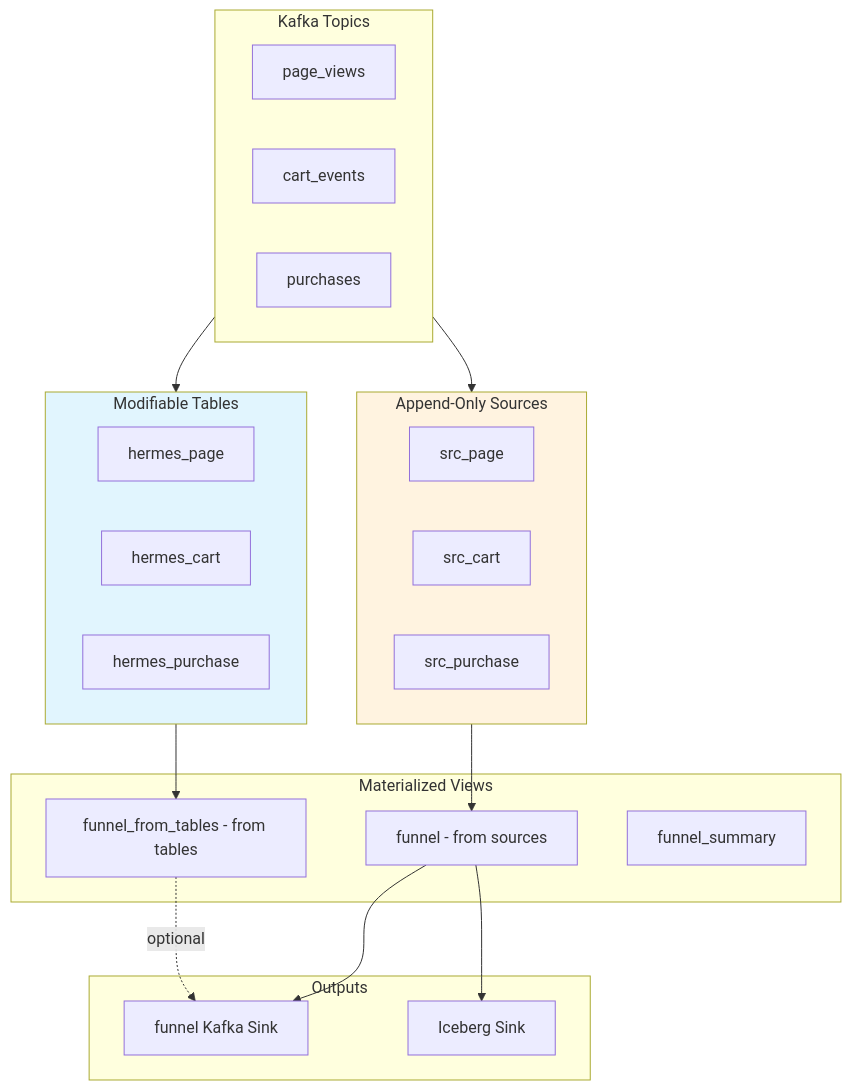
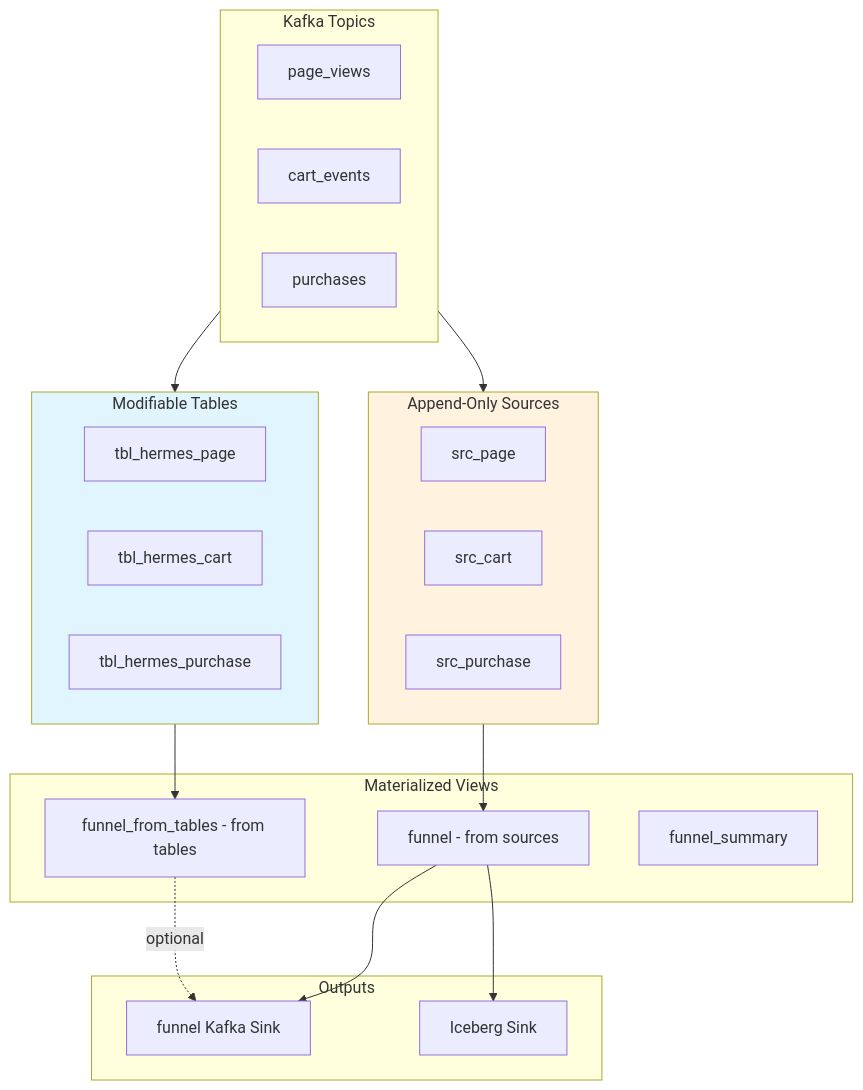
The diagram in plans/kafka_tables_for_updates_plan.md (sgioldasis/risingwave-test), drawn with Mermaid before and after one commit. The commit also changed other lines of this file and 10 other files, not shown here.

````diff
--- a/plans/kafka_tables_for_updates_plan.md
+++ b/plans/kafka_tables_for_updates_plan.md
@@ -269,44 +269,44 @@
 ```mermaid
 flowchart TB
     subgraph Kafka["Kafka Topics"]
         K1[page_views]
         K2[cart_events]
         K3[purchases]
     end
     
     subgraph Sources["Append-Only Sources"]
         S1[src_page]
         S2[src_cart]
         S3[src_purchase]
     end
     
     subgraph Tables["Modifiable Tables"]
-        T1[hermes_page]
-        T2[hermes_cart]
-        T3[hermes_purchase]
+        T1[tbl_hermes_page]
+        T2[tbl_hermes_cart]
+        T3[tbl_hermes_purchase]
     end
     
     subgraph MVs["Materialized Views"]
         MV1[funnel - from sources]
         MV2[funnel_from_tables - from tables]
         MV3[funnel_summary]
     end
     
     subgraph Outputs["Outputs"]
         O1[funnel Kafka Sink]
         O2[Iceberg Sink]
     end
     
     Kafka --> Sources
     Kafka --> Tables
     
     Sources --> MV1
     Tables --> MV2
     
     MV1 --> O1
     MV1 --> O2
     MV2 -.->|optional| O1
     
     style Tables fill:#e1f5fe
     style Sources fill:#fff3e0
 ```
````
